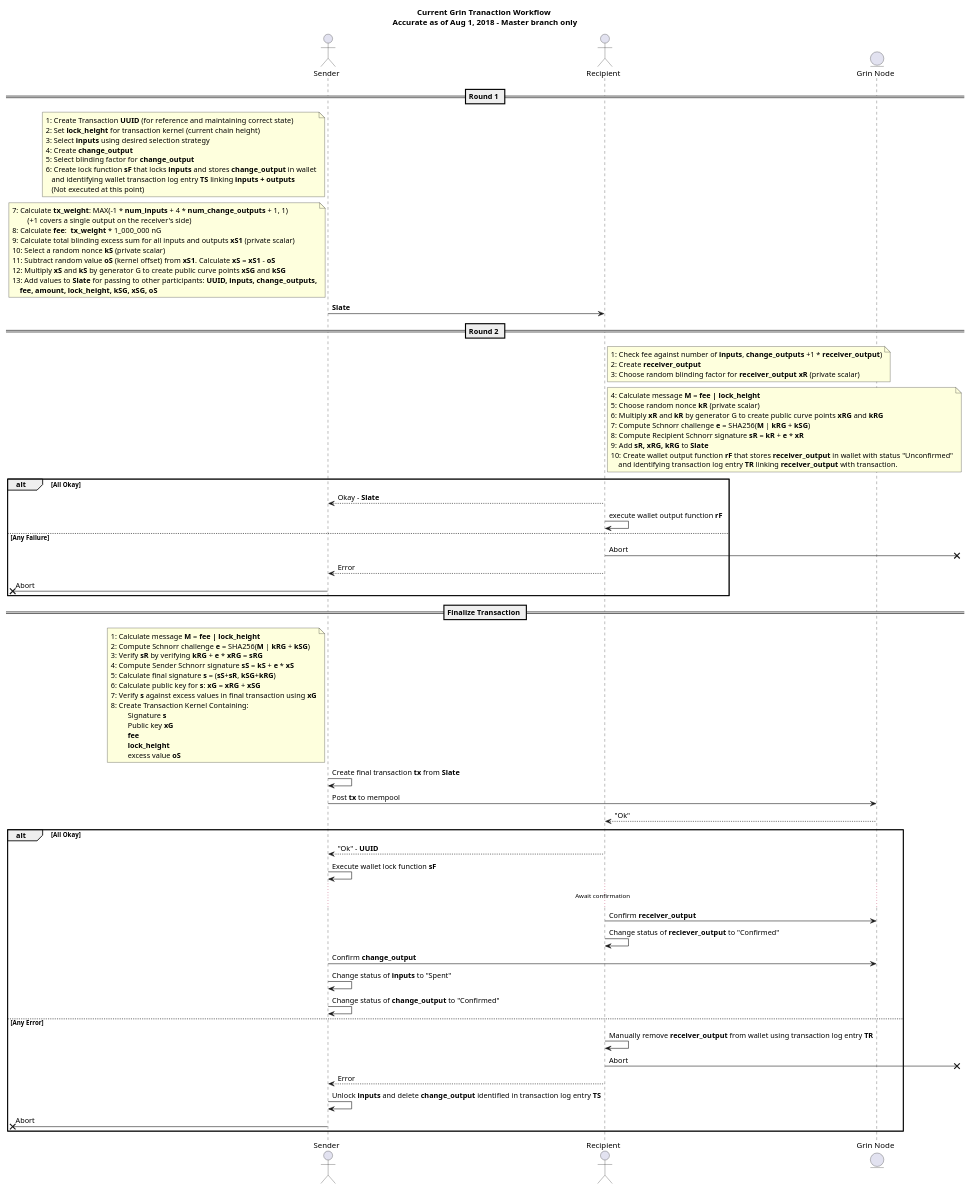
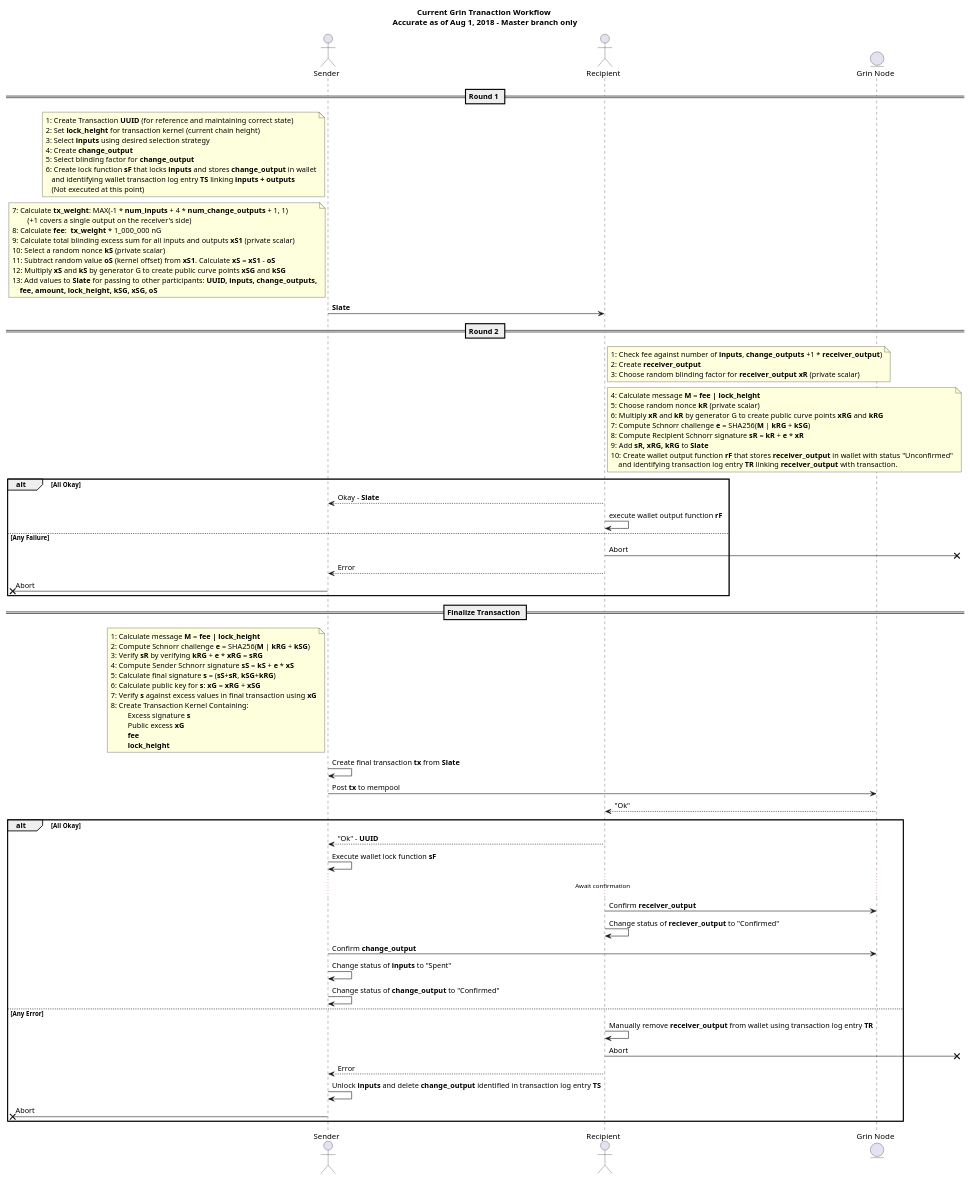
One commit to mimblewimble/grin changed the diagram in doc/wallet/transaction/basic-transaction-wf.puml. Above: the diagram before and after it, drawn with PlantUML. The commit also changed 1 other file, not shown here.

```diff
--- a/doc/wallet/transaction/basic-transaction-wf.puml
+++ b/doc/wallet/transaction/basic-transaction-wf.puml
@@ -1,97 +1,96 @@
 @startuml grin-transaction
 
 title 
 **Current Grin Tranaction Workflow** 
 Accurate as of Aug 1, 2018 - Master branch only
 end title
 
 actor "Sender" as sender
 actor "Recipient" as recipient
 entity "Grin Node" as grin_node
 
 == Round 1 ==
 
 note left of sender
 	1: Create Transaction **UUID** (for reference and maintaining correct state)
 	2: Set **lock_height** for transaction kernel (current chain height)
 	3: Select **inputs** using desired selection strategy
 	4: Create **change_output** 
 	5: Select blinding factor for **change_output**
 	6: Create lock function **sF** that locks **inputs** and stores **change_output** in wallet
 	   and identifying wallet transaction log entry **TS** linking **inputs + outputs**
 	   (Not executed at this point)
 end note
 note left of sender
 	7: Calculate **tx_weight**: MAX(-1 * **num_inputs** + 4 * **num_change_outputs** + 1, 1)
 		(+1 covers a single output on the receiver's side)
 	8: Calculate **fee**:  **tx_weight** * 1_000_000 nG
 	9: Calculate total blinding excess sum for all inputs and outputs **xS1** (private scalar)
 	10: Select a random nonce **kS** (private scalar)
 	11: Subtract random value **oS** (kernel offset) from **xS1**. Calculate **xS** = **xS1** - **oS**
 	12: Multiply **xS** and **kS** by generator G to create public curve points **xSG** and **kSG**
 	13: Add values to **Slate** for passing to other participants: **UUID, inputs, change_outputs,**
 	    **fee, amount, lock_height, kSG, xSG, oS**
 end note
 sender -> recipient: **Slate**
 == Round 2 ==
 note right of recipient
 	1: Check fee against number of **inputs**, **change_outputs** +1 * **receiver_output**)
 	2: Create **receiver_output**
 	3: Choose random blinding factor for **receiver_output** **xR** (private scalar)
 end note
 note right of recipient
 	4: Calculate message **M** = **fee | lock_height **
 	5: Choose random nonce **kR** (private scalar)
 	6: Multiply **xR** and **kR** by generator G to create public curve points **xRG** and **kRG**
 	7: Compute Schnorr challenge **e** = SHA256(**M** | **kRG** + **kSG**)
 	8: Compute Recipient Schnorr signature **sR** = **kR** + **e** * **xR**
 	9: Add **sR, xRG, kRG** to **Slate**
 	10: Create wallet output function **rF** that stores **receiver_output** in wallet with status "Unconfirmed"
 	    and identifying transaction log entry **TR** linking **receiver_output** with transaction.
 end note
 alt All Okay
 recipient --> sender: Okay - **Slate**
 recipient -> recipient: execute wallet output function **rF**
 else Any Failure
 recipient ->x]: Abort
 recipient --> sender: Error
 [x<- sender: Abort
 end
 == Finalize Transaction ==
 note left of sender
 	1: Calculate message **M** = **fee | lock_height **
 	2: Compute Schnorr challenge **e** = SHA256(**M** | **kRG** + **kSG**)
 	3: Verify **sR** by verifying **kRG** + **e** * **xRG** = **sRG**
 	4: Compute Sender Schnorr signature **sS** = **kS** + **e** * **xS**
 	5: Calculate final signature **s** = (**sS**+**sR**, **kSG**+**kRG**)
 	6: Calculate public key for **s**: **xG** = **xRG** + **xSG**
 	7: Verify **s** against excess values in final transaction using **xG**
 	8: Create Transaction Kernel Containing:
-		 Signature **s**
-		 Public key **xG**
+		 Excess signature **s**
+		 Public excess **xG**
 		 **fee**
 		 **lock_height**
-		 excess value **oS**
 end note
 sender -> sender: Create final transaction **tx** from **Slate**
 sender -> grin_node: Post **tx** to mempool
 grin_node --> recipient: "Ok"
 alt All Okay
 recipient --> sender: "Ok" - **UUID**
 sender -> sender: Execute wallet lock function **sF**
 ...Await confirmation...
 recipient -> grin_node: Confirm **receiver_output**
 recipient -> recipient: Change status of **reciever_output** to "Confirmed"
 sender -> grin_node: Confirm **change_output**
 sender -> sender: Change status of **inputs** to "Spent"
 sender -> sender: Change status of **change_output** to "Confirmed"
 else Any Error
 recipient -> recipient: Manually remove **receiver_output** from wallet using transaction log entry **TR**
 recipient ->x]: Abort
 recipient --> sender: Error
 sender -> sender: Unlock **inputs** and delete **change_output** identified in transaction log entry **TS**
 [x<- sender: Abort
 end
 
 
 @enduml
```
